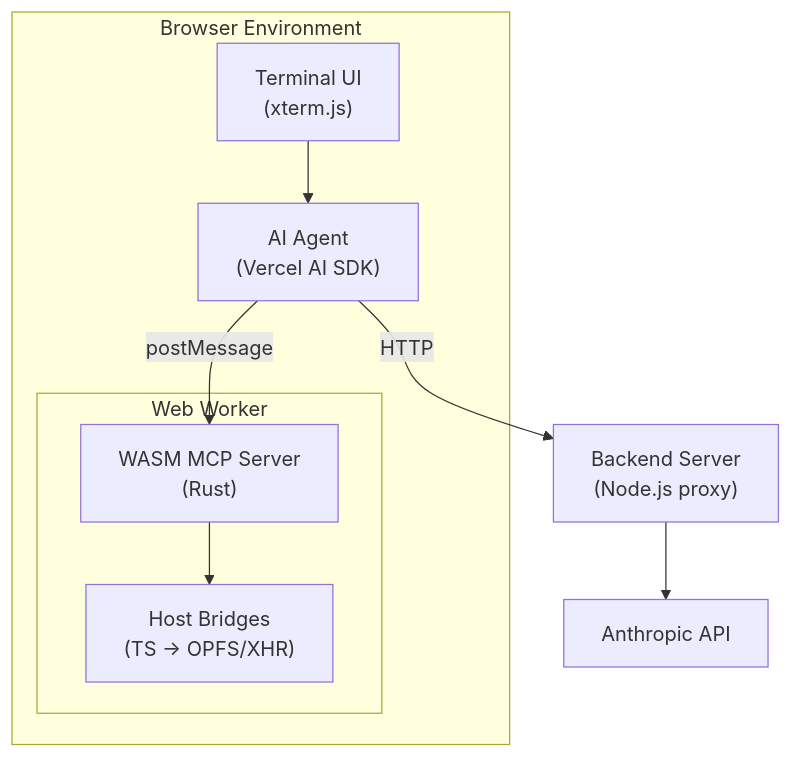
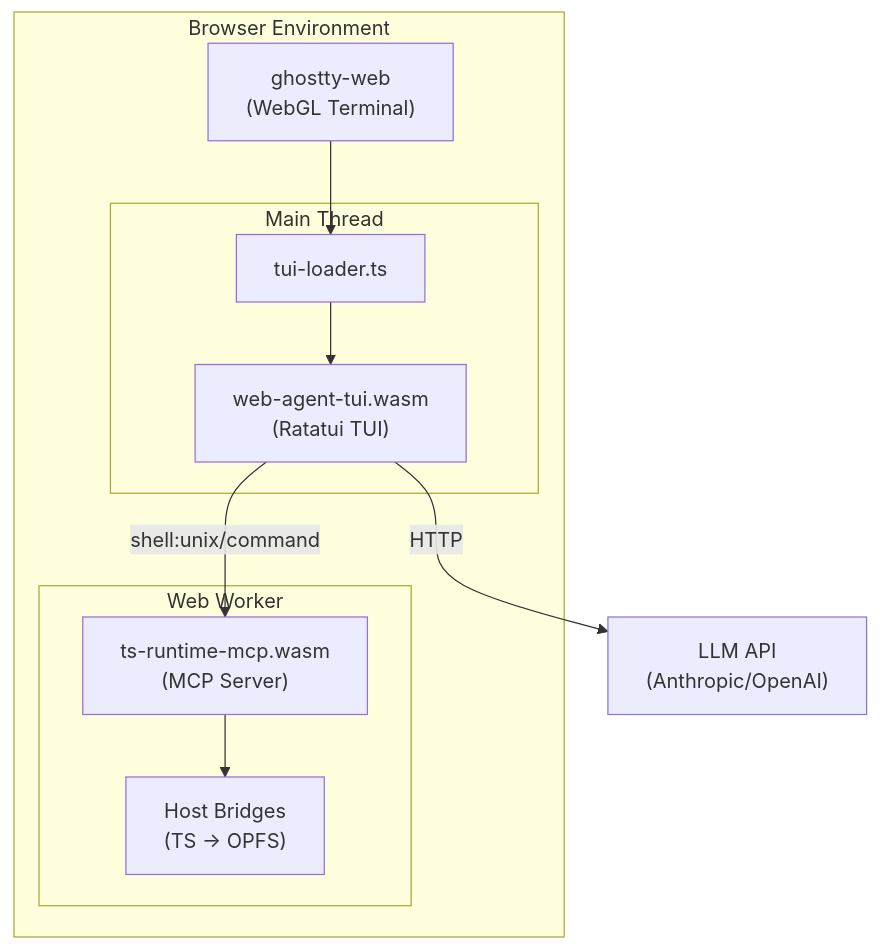
One commit to tjfontaine/agent-in-a-browser changed the diagram in README.md. Above: the diagram before and after it, drawn with Mermaid. The commit also changed other lines of this file and 2 other files, not shown here.

First line of the commit message:
docs: update all READMEs to reflect Ratatui architecture

````diff
--- a/README.md
+++ b/README.md
@@ -142,21 +109,24 @@
 ```mermaid
 graph TB
     subgraph Browser["Browser Environment"]
-        Terminal["Terminal UI<br/>(xterm.js)"]
-        Agent["AI Agent<br/>(Vercel AI SDK)"]
+        Terminal["ghostty-web\n(WebGL Terminal)"]
+        
+        subgraph MainThread["Main Thread"]
+            TuiLoader["tui-loader.ts"]
+            RatatuiWasm["web-agent-tui.wasm\n(Ratatui TUI)"]
+        end
         
         subgraph Worker["Web Worker"]
-            WASM["WASM MCP Server<br/>(Rust)"]
-            Bridges["Host Bridges<br/>(TS → OPFS/XHR)"]
+            WASM["ts-runtime-mcp.wasm\n(MCP Server)"]
+            Bridges["Host Bridges\n(TS → OPFS)"]
         end
     end
     
-    Backend["Backend Server<br/>(Node.js proxy)"]
-    Anthropic["Anthropic API"]
+    LLM["LLM API\n(Anthropic/OpenAI)"]
     
-    Terminal --> Agent
-    Agent -->|"postMessage"| WASM
+    Terminal --> TuiLoader
+    TuiLoader --> RatatuiWasm
+    RatatuiWasm -->|"shell:unix/command"| WASM
     WASM --> Bridges
-    Agent -->|"HTTP"| Backend
-    Backend --> Anthropic
+    RatatuiWasm -->|"HTTP"| LLM
 ```
````
